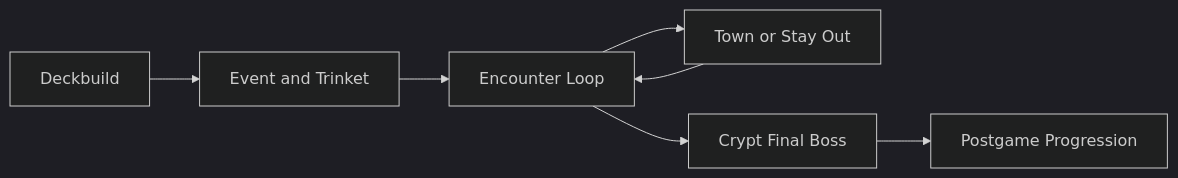
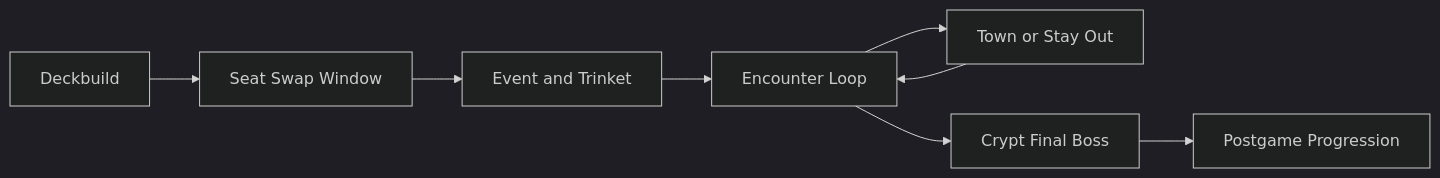
The diagram in README.md (zkzeroxvirus/MTGR-Rules), drawn with Mermaid (dark theme) before and after one commit. The commit also changed other lines of this file and 8 other files, not shown here.

````diff
--- a/README.md
+++ b/README.md
@@ -27,9 +27,10 @@
 ```mermaid
 flowchart LR
-		A[Deckbuild] --> B[Event and Trinket]
-	B --> C[Encounter Loop]
-	C --> D[Town or Stay Out]
-	D --> C
-	C --> E[Crypt Final Boss]
-	E --> F[Postgame Progression]
+		A[Deckbuild] --> B[Seat Swap Window]
+	B --> C[Event and Trinket]
+	C --> D[Encounter Loop]
+	D --> E[Town or Stay Out]
+	E --> D
+	D --> F[Crypt Final Boss]
+	F --> G[Postgame Progression]
 ```
````
